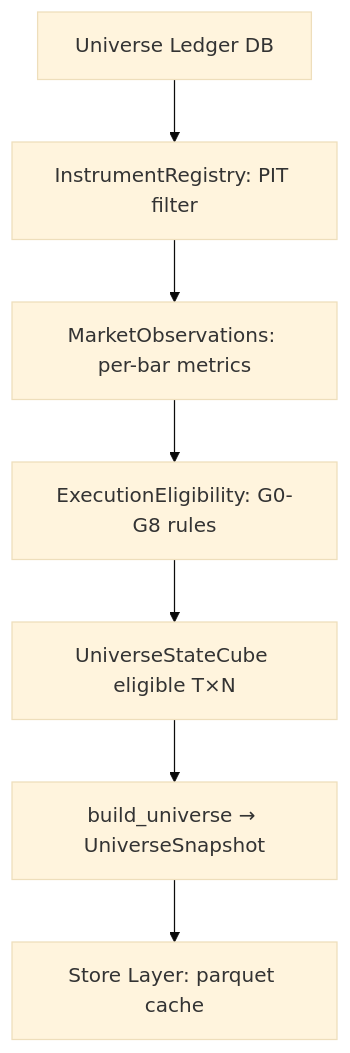
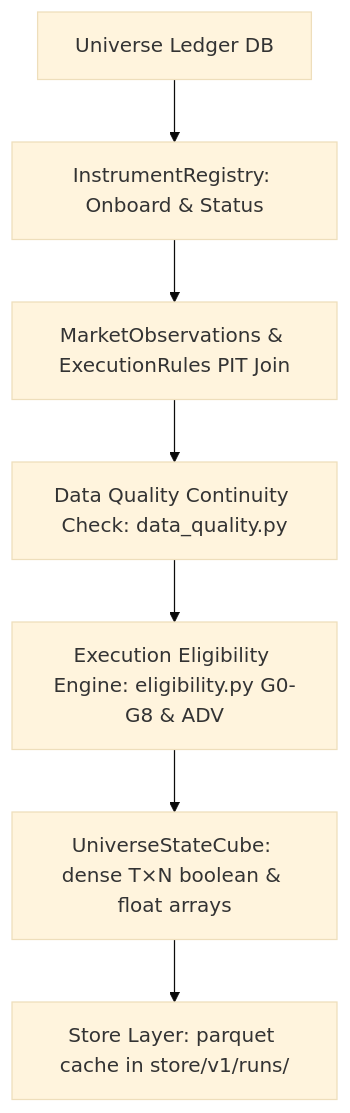
The diagram in docs/architecture/universe.md (KTHYEONG/crypto-pilot), drawn with Mermaid (base theme) before and after one commit. The commit also changed other lines of this file and 5 other files, not shown here.

````diff
--- a/docs/architecture/universe.md
+++ b/docs/architecture/universe.md
@@ -71,9 +78,9 @@
 ```mermaid
 graph TD
-    A[Universe Ledger DB] --> B[InstrumentRegistry: PIT filter]
-    B --> C[MarketObservations: per-bar metrics]
-    C --> D[ExecutionEligibility: G0-G8 rules]
-    D --> E[UniverseStateCube eligible T×N]
-    E --> F[build_universe → UniverseSnapshot]
-    F --> G[Store Layer: parquet cache]
+    A[Universe Ledger DB] --> B[InstrumentRegistry: Onboard & Status]
+    B --> C[MarketObservations & ExecutionRules PIT Join]
+    C --> D[Data Quality Continuity Check: data_quality.py]
+    D --> E[Execution Eligibility Engine: eligibility.py G0-G8 & ADV]
+    E --> F[UniverseStateCube: dense T×N boolean & float arrays]
+    F --> G[Store Layer: parquet cache in store/v1/runs/]
 ```
````
